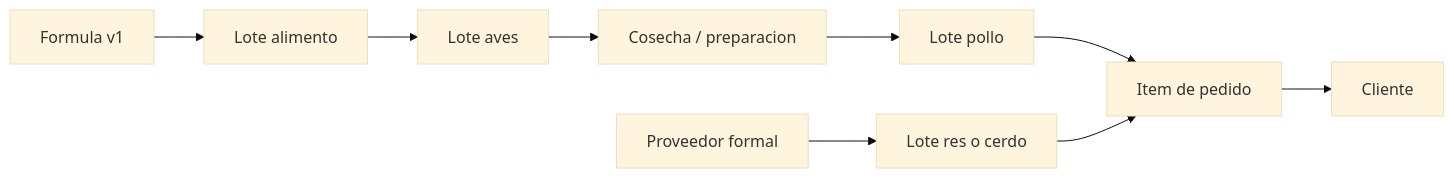
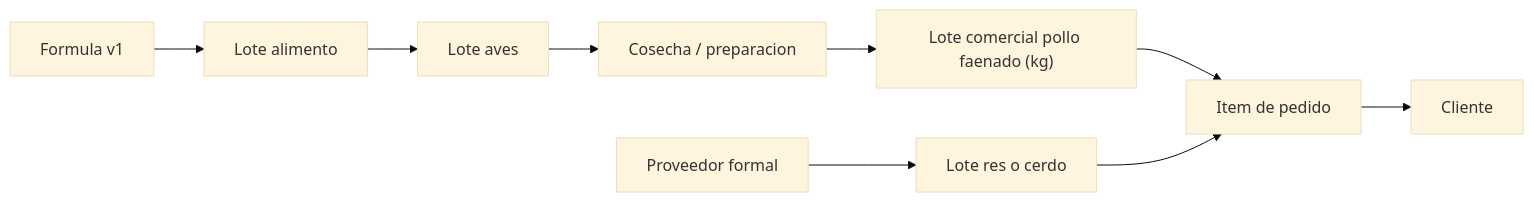
One commit to antoniobravocabanillas/biogranja51 changed the diagram in docs/MODELO_DE_DATOS.md. Above: the diagram before and after it, drawn with Mermaid (base theme). The commit also changed other lines of this file and 16 other files, not shown here.

````diff
--- a/docs/MODELO_DE_DATOS.md
+++ b/docs/MODELO_DE_DATOS.md
@@ -106,12 +108,12 @@
 ```mermaid
 flowchart LR
   F["Formula v1"] --> FB["Lote alimento"]
   FB --> AV["Lote aves"]
   AV --> CP["Cosecha / preparacion"]
-  CP --> LP["Lote pollo"]
+  CP --> LP["Lote comercial pollo faenado (kg)"]
   LP --> OI["Item de pedido"]
   OI --> C["Cliente"]
 
   PR["Proveedor formal"] --> LR["Lote res o cerdo"]
   LR --> OI
 ```
````
